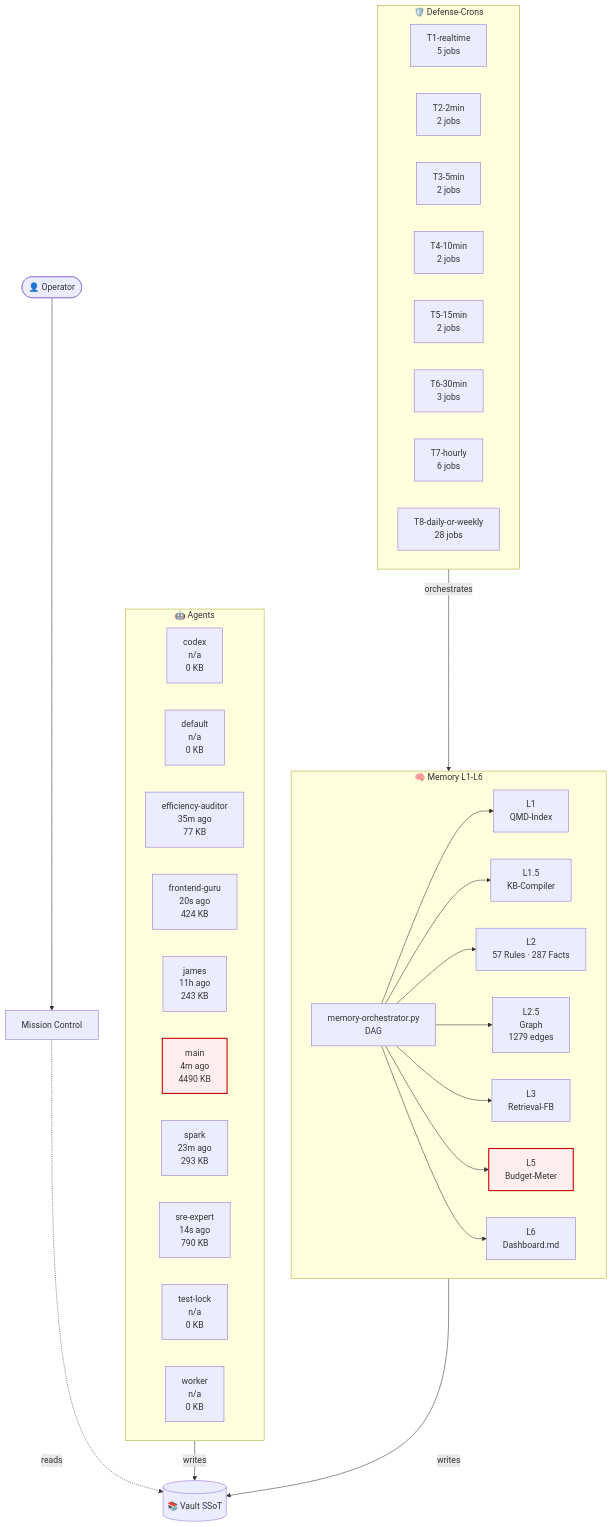
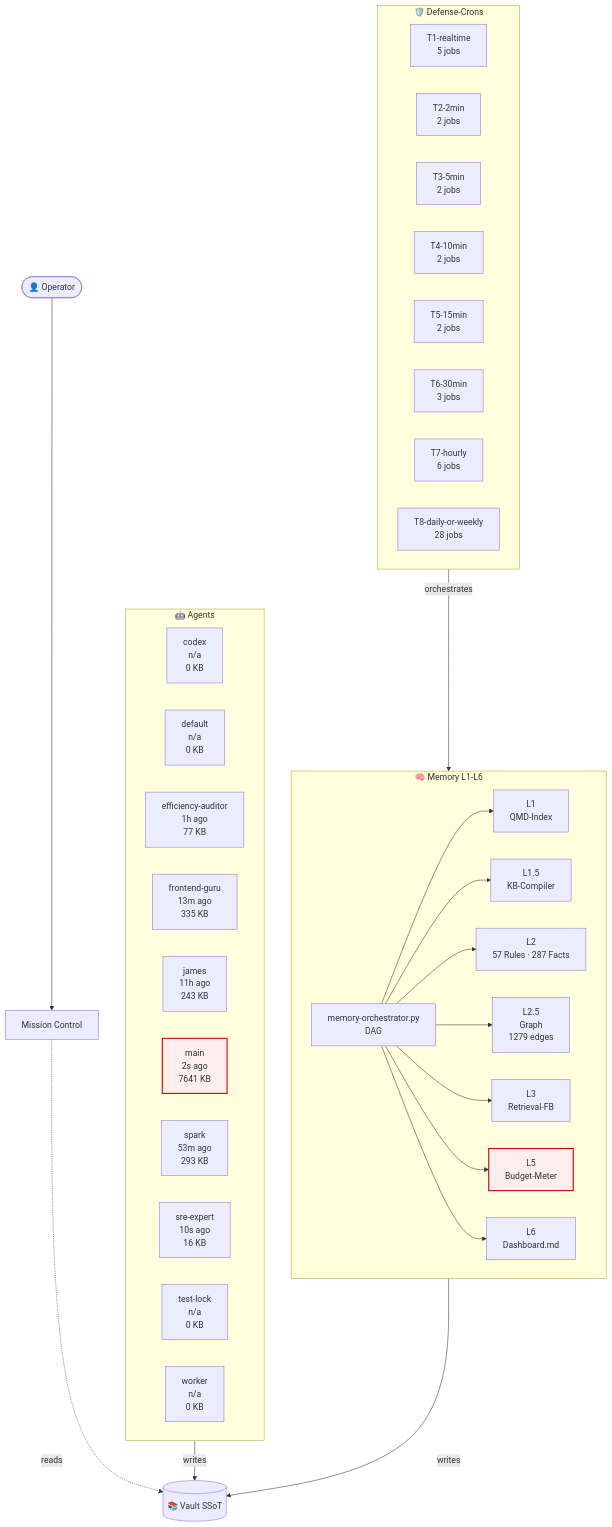
Before and after one commit to lenardhuebner88-rgb/openclaw-memory: the diagram in 03-Agents/architecture-live.md, drawn with Mermaid. The commit also changed other lines of this file and 20 other files, not shown here.

````diff
--- a/03-Agents/architecture-live.md
+++ b/03-Agents/architecture-live.md
@@ -18,53 +18,53 @@
 ```mermaid
 flowchart TB
     classDef critical fill:#fee,stroke:#c00,stroke-width:2px;
     subgraph AGT["🤖 Agents"]
         agent_codex["codex<br/>n/a<br/>0 KB"]
         agent_default["default<br/>n/a<br/>0 KB"]
-        agent_efficiency_auditor["efficiency-auditor<br/>35m ago<br/>77 KB"]
-        agent_frontend_guru["frontend-guru<br/>20s ago<br/>424 KB"]
+        agent_efficiency_auditor["efficiency-auditor<br/>1h ago<br/>77 KB"]
+        agent_frontend_guru["frontend-guru<br/>13m ago<br/>335 KB"]
         agent_james["james<br/>11h ago<br/>243 KB"]
-        agent_main["main<br/>4m ago<br/>4490 KB"]
-        agent_spark["spark<br/>23m ago<br/>293 KB"]
-        agent_sre_expert["sre-expert<br/>14s ago<br/>790 KB"]
+        agent_main["main<br/>2s ago<br/>7641 KB"]
+        agent_spark["spark<br/>53m ago<br/>293 KB"]
+        agent_sre_expert["sre-expert<br/>10s ago<br/>16 KB"]
         agent_test_lock["test-lock<br/>n/a<br/>0 KB"]
         agent_worker["worker<br/>n/a<br/>0 KB"]
     end
     subgraph MEM["🧠 Memory L1-L6"]
         L1["L1<br/>QMD-Index"]
         L15["L1.5<br/>KB-Compiler"]
         L2["L2<br/>57 Rules · 287 Facts"]
         L25["L2.5<br/>Graph<br/>1279 edges"]
         L3["L3<br/>Retrieval-FB"]
         L5["L5<br/>Budget-Meter"]
         L6["L6<br/>Dashboard.md"]
         ORCH["memory-orchestrator.py<br/>DAG"]
     end
     subgraph CRN["🛡️ Defense-Crons"]
         tier_T1_realtime["T1-realtime<br/>5 jobs"]
         tier_T2_2min["T2-2min<br/>2 jobs"]
         tier_T3_5min["T3-5min<br/>2 jobs"]
         tier_T4_10min["T4-10min<br/>2 jobs"]
         tier_T5_15min["T5-15min<br/>2 jobs"]
         tier_T6_30min["T6-30min<br/>3 jobs"]
         tier_T7_hourly["T7-hourly<br/>6 jobs"]
         tier_T8_daily_or_weekly["T8-daily-or-weekly<br/>28 jobs"]
     end
     VAULT[("📚 Vault SSoT")]
     OP([👤 Operator])
     MC["Mission Control"]
     OP --> MC
     MC -.reads.-> VAULT
     AGT -->|writes| VAULT
     MEM -->|writes| VAULT
     ORCH --> L1
     ORCH --> L15
     ORCH --> L2
     ORCH --> L25
     ORCH --> L3
     ORCH --> L5
     ORCH --> L6
     CRN -->|orchestrates| MEM
     class L5 critical
     class agent_main critical
 ```
````
